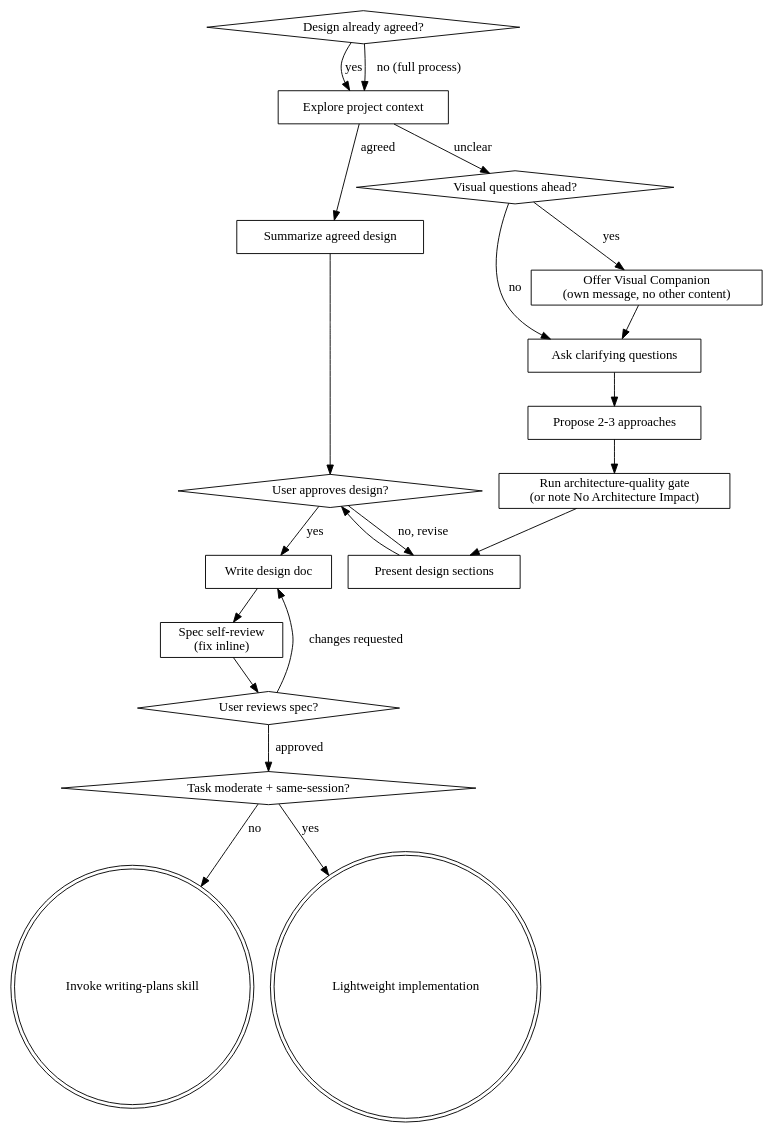
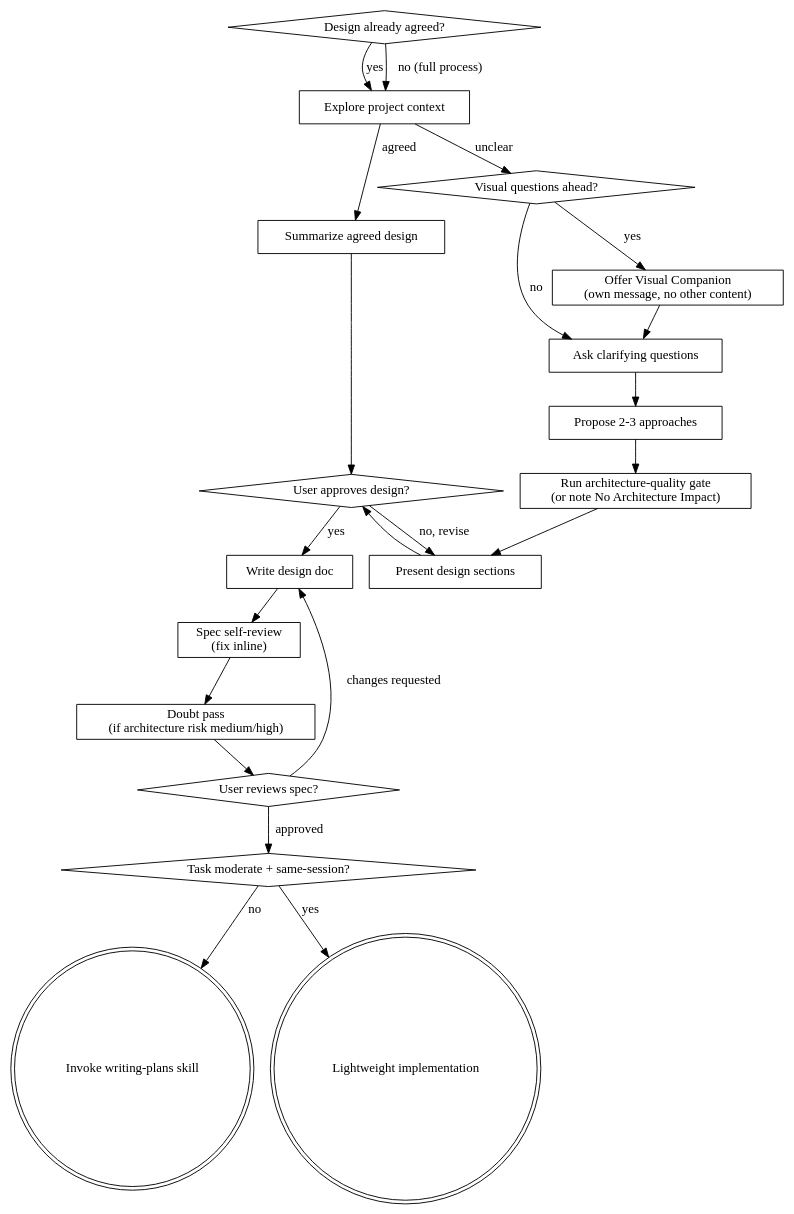
One commit to anortham/razorback changed the diagram in skills/brainstorming/SKILL.md. Above: the diagram before and after it, drawn with Graphviz. The commit also changed other lines of this file and 18 other files, not shown here.

First line of the commit message:
release: 0.17.0 cross-model convergence, audit mode, doubt pass, doc grounding, task slicing

````diff
--- a/skills/brainstorming/SKILL.md
+++ b/skills/brainstorming/SKILL.md
@@ -71,43 +72,45 @@
 ```dot
 digraph brainstorming {
     "Design already agreed?" [shape=diamond];
     "Task moderate + same-session?" [shape=diamond];
     "Explore project context" [shape=box];
     "Run architecture-quality gate\n(or note No Architecture Impact)" [shape=box];
     "Summarize agreed design" [shape=box];
     "Visual questions ahead?" [shape=diamond];
     "Offer Visual Companion\n(own message, no other content)" [shape=box];
     "Ask clarifying questions" [shape=box];
     "Propose 2-3 approaches" [shape=box];
     "Present design sections" [shape=box];
     "User approves design?" [shape=diamond];
     "Write design doc" [shape=box];
     "Spec self-review\n(fix inline)" [shape=box];
+    "Doubt pass\n(if architecture risk medium/high)" [shape=box];
     "User reviews spec?" [shape=diamond];
     "Invoke writing-plans skill" [shape=doublecircle];
     "Lightweight implementation" [shape=doublecircle];
 
     "Design already agreed?" -> "Explore project context" [label="yes"];
     "Design already agreed?" -> "Explore project context" [label="no (full process)"];
 
     "Explore project context" -> "Summarize agreed design" [label="agreed"];
     "Explore project context" -> "Visual questions ahead?" [label="unclear"];
     "Visual questions ahead?" -> "Offer Visual Companion\n(own message, no other content)" [label="yes"];
     "Visual questions ahead?" -> "Ask clarifying questions" [label="no"];
     "Offer Visual Companion\n(own message, no other content)" -> "Ask clarifying questions";
     "Ask clarifying questions" -> "Propose 2-3 approaches";
     "Propose 2-3 approaches" -> "Run architecture-quality gate\n(or note No Architecture Impact)";
     "Run architecture-quality gate\n(or note No Architecture Impact)" -> "Present design sections";
     "Present design sections" -> "User approves design?";
     "Summarize agreed design" -> "User approves design?";
 
     "User approves design?" -> "Present design sections" [label="no, revise"];
     "User approves design?" -> "Write design doc" [label="yes"];
     "Write design doc" -> "Spec self-review\n(fix inline)";
-    "Spec self-review\n(fix inline)" -> "User reviews spec?";
+    "Spec self-review\n(fix inline)" -> "Doubt pass\n(if architecture risk medium/high)";
+    "Doubt pass\n(if architecture risk medium/high)" -> "User reviews spec?";
     "User reviews spec?" -> "Write design doc" [label="changes requested"];
     "User reviews spec?" -> "Task moderate + same-session?" [label="approved"];
     "Task moderate + same-session?" -> "Lightweight implementation" [label="yes"];
     "Task moderate + same-session?" -> "Invoke writing-plans skill" [label="no"];
 }
 ```
````
